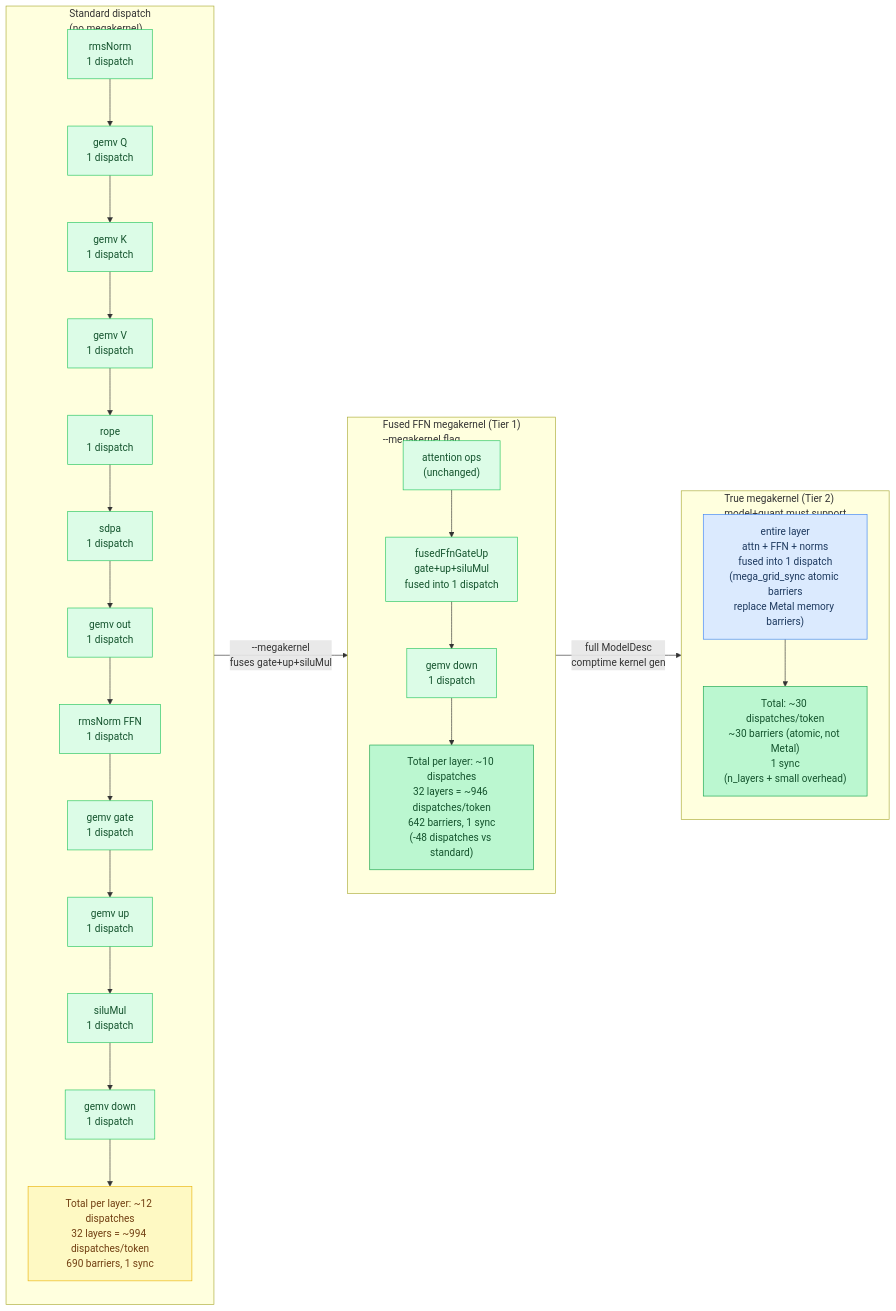
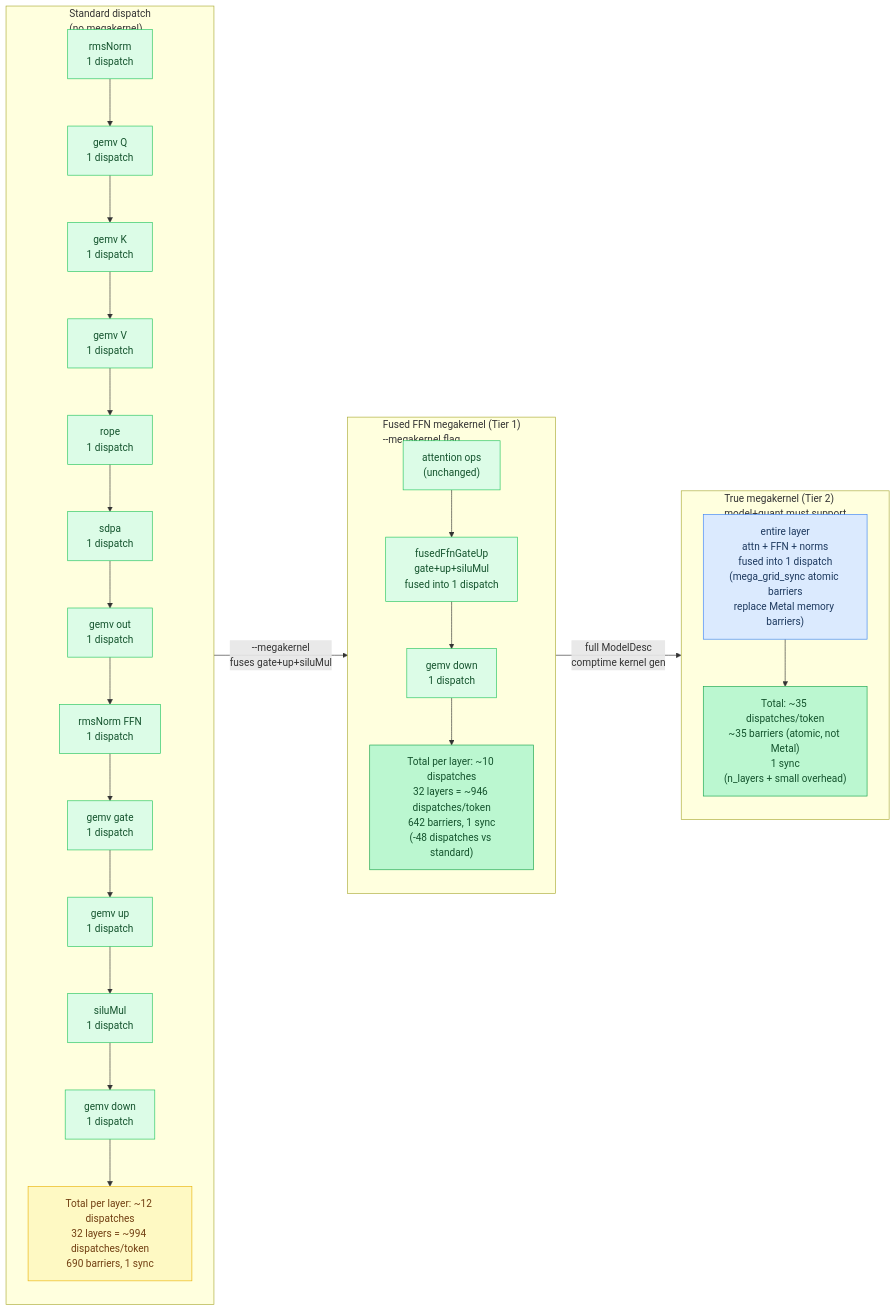
The sixth of 6 diagrams in docs/tutorial/appendix-profiling.md (maci0/agave), drawn with Mermaid before and after one commit. The commit also changed other lines of this file and 23 other files, not shown here.

````diff
--- a/docs/tutorial/appendix-profiling.md
+++ b/docs/tutorial/appendix-profiling.md
@@ -626,43 +622,43 @@
 ```mermaid
 graph LR
     classDef setup     fill:#dbeafe,stroke:#3b82f6,color:#1e3a5f
     classDef sync      fill:#dcfce7,stroke:#22c55e,color:#14532d
     classDef migration fill:#fef9c3,stroke:#eab308,color:#713f12
     classDef success   fill:#bbf7d0,stroke:#16a34a,color:#14532d
     classDef danger    fill:#fee2e2,stroke:#ef4444,color:#7f1d1d
     classDef optional  fill:#f3e8ff,stroke:#9333ea,color:#581c87
 
     subgraph Standard["Standard dispatch\n(no megakernel)"]
         S1["rmsNorm\n1 dispatch"]:::sync
         S2["gemv Q\n1 dispatch"]:::sync
         S3["gemv K\n1 dispatch"]:::sync
         S4["gemv V\n1 dispatch"]:::sync
         S5["rope\n1 dispatch"]:::sync
         S6["sdpa\n1 dispatch"]:::sync
         S7["gemv out\n1 dispatch"]:::sync
         S8["rmsNorm FFN\n1 dispatch"]:::sync
         S9["gemv gate\n1 dispatch"]:::sync
         S10["gemv up\n1 dispatch"]:::sync
         S11["siluMul\n1 dispatch"]:::sync
         S12["gemv down\n1 dispatch"]:::sync
         STotal["Total per layer: ~12 dispatches\n32 layers = ~994 dispatches/token\n690 barriers, 1 sync"]:::migration
         S1 --> S2 --> S3 --> S4 --> S5 --> S6 --> S7 --> S8 --> S9 --> S10 --> S11 --> S12 --> STotal
     end
 
     subgraph FusedFFN["Fused FFN megakernel (Tier 1)\n--megakernel flag"]
         F1["attention ops\n(unchanged)"]:::sync
         F2["fusedFfnGateUp\ngate+up+siluMul\nfused into 1 dispatch"]:::sync
         F3["gemv down\n1 dispatch"]:::sync
         FTotal["Total per layer: ~10 dispatches\n32 layers = ~946 dispatches/token\n642 barriers, 1 sync\n(-48 dispatches vs standard)"]:::success
         F1 --> F2 --> F3 --> FTotal
     end
 
     subgraph TrueMega["True megakernel (Tier 2)\nmodel+quant must support"]
         T1["entire layer\nattn + FFN + norms\nfused into 1 dispatch\n(mega_grid_sync atomic barriers\nreplace Metal memory barriers)"]:::setup
-        TTotal["Total: ~30 dispatches/token\n~30 barriers (atomic, not Metal)\n1 sync\n(n_layers + small overhead)"]:::success
+        TTotal["Total: ~35 dispatches/token\n~35 barriers (atomic, not Metal)\n1 sync\n(n_layers + small overhead)"]:::success
         T1 --> TTotal
     end
 
     Standard -->|"--megakernel\nfuses gate+up+siluMul"| FusedFFN
     FusedFFN -->|"full ModelDesc\ncomptime kernel gen"| TrueMega
 ```
````
